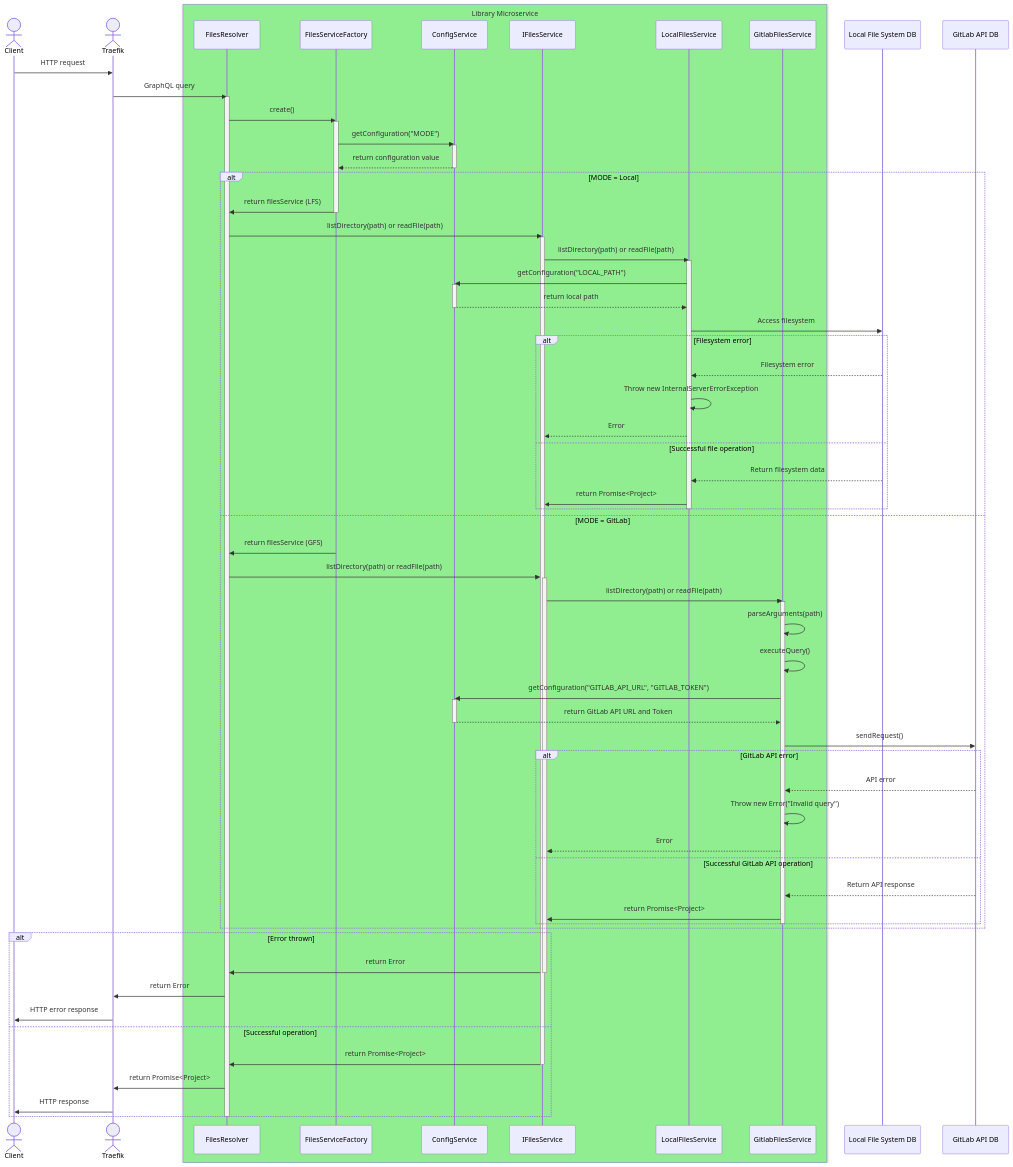
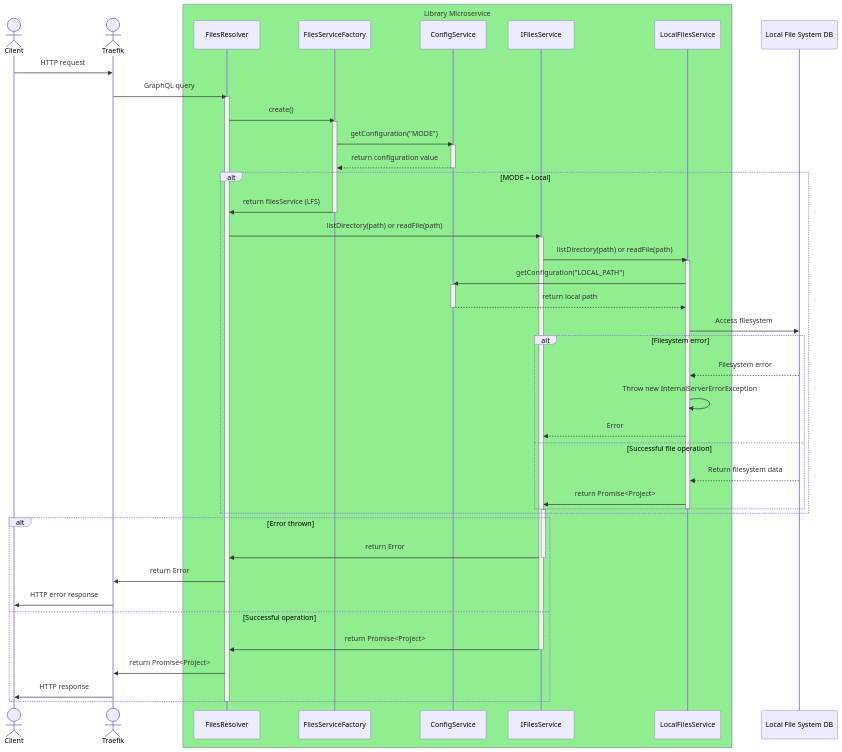
One commit to INTO-CPS-Association/DTaaS changed the second of 2 diagrams in docs/developer/servers/lib/lib-ms.md. Above: the diagram before and after it, drawn with Mermaid. The commit also changed other lines of this file and 4 other files, not shown here.

Commit message:
upgrades libms UML diagrams

```diff
--- a/docs/developer/servers/lib/lib-ms.md
+++ b/docs/developer/servers/lib/lib-ms.md
@@ -84,11 +72,9 @@
     participant CS as ConfigService
     participant IFS as IFilesService
     participant LFS as LocalFilesService
-    participant GFS as GitlabFilesService
     end
 
     participant FS as Local File System DB
-    participant GAPI as GitLab API DB
 
     Client ->> Traefik : HTTP request
     Traefik ->> FR : GraphQL query
@@ -129,35 +115,7 @@
         LFS ->> IFS : return Promise<Project>
     end
     deactivate LFS
-    else MODE = GitLab
-        FSF ->> FR : return filesService (GFS)
-        %%deactivate FSF
-
-    FR ->> IFS : listDirectory(path) or readFile(path)
     activate IFS
-
-    IFS ->> GFS : listDirectory(path) or readFile(path)
-    activate GFS
-
-    GFS ->> GFS : parseArguments(path)
-    GFS ->> GFS : executeQuery()
-
-    GFS ->> CS : getConfiguration("GITLAB_API_URL", "GITLAB_TOKEN")
-    activate CS
-
-    CS -->> GFS : return GitLab API URL and Token
-    deactivate CS
-
-    GFS ->> GAPI : sendRequest()
-    alt GitLab API error
-        GAPI -->> GFS : API error
-        GFS ->> GFS : Throw new Error("Invalid query")
-        GFS -->> IFS : Error
-    else Successful GitLab API operation
-        GAPI -->> GFS : Return API response
-        GFS ->> IFS : return Promise<Project>
-    end
-    deactivate GFS
     end
 
     alt Error thrown
```
